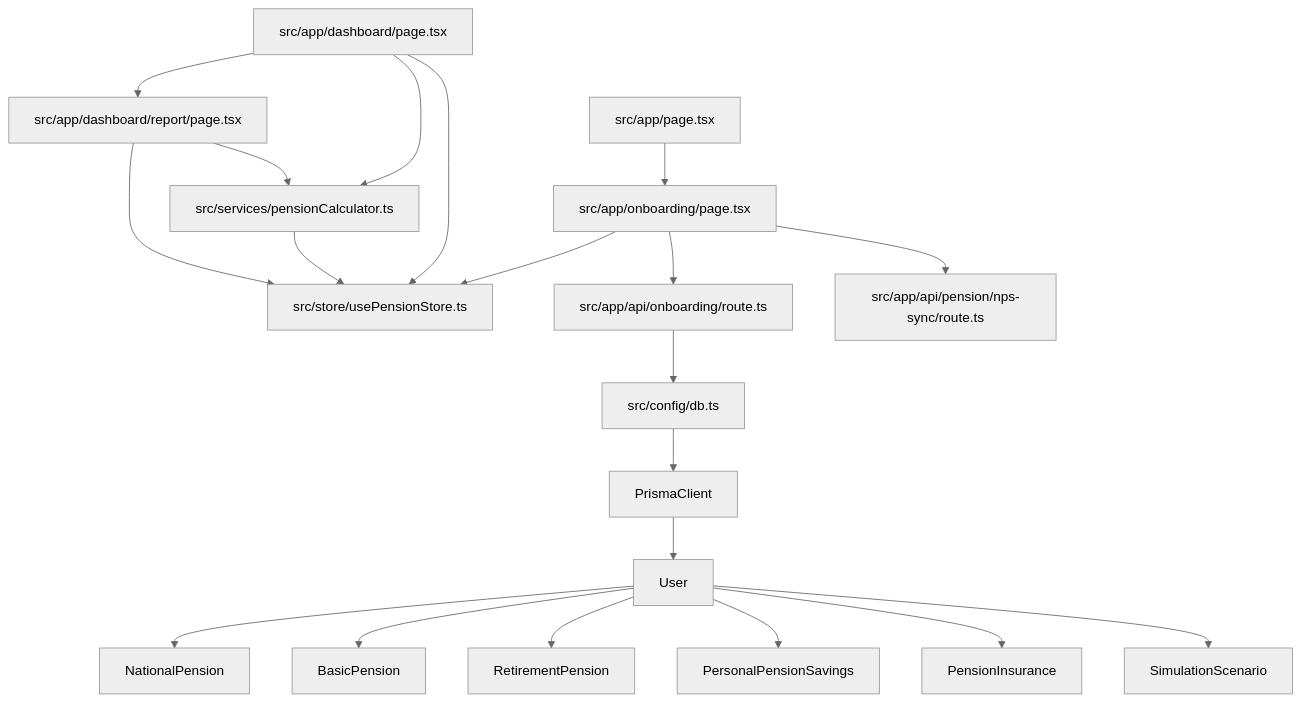
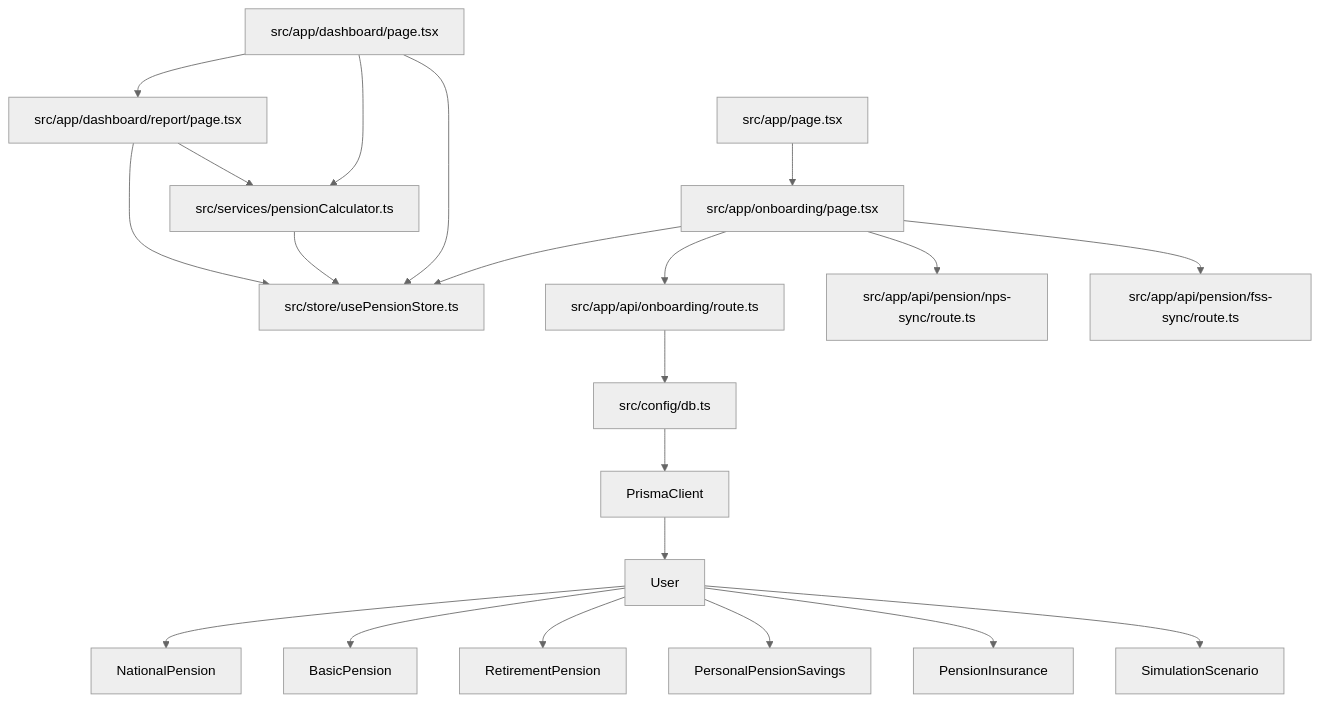
Before and after one commit to ChanHoya/PensionLab: the diagram in docs/dependency-map.md, drawn with Mermaid (neutral theme). The commit also changed 4 other files, not shown here.

Commit message:
S7-1: 금융감독원(FSS) 통합연금포털 API 2-Way 간편인증 연동 및 UI 개발 완료

````diff
--- a/docs/dependency-map.md
+++ b/docs/dependency-map.md
@@ -3,32 +3,33 @@
 ```mermaid
 graph TD
   %% Database Layer
   db[src/config/db.ts] --> PrismaClient
   PrismaClient --> User
   User --> NationalPension
   User --> BasicPension
   User --> RetirementPension
   User --> PersonalPensionSavings
   User --> PensionInsurance
   User --> SimulationScenario
 
   %% State & Business Logic Layer
   Store[src/store/usePensionStore.ts]
   Calculator[src/services/pensionCalculator.ts]
 
   %% UI & Page Layer
   Landing[src/app/page.tsx] --> OnboardingUI
   OnboardingUI[src/app/onboarding/page.tsx] --> Store
   OnboardingUI --> OnboardingAPI[src/app/api/onboarding/route.ts]
   OnboardingAPI --> db
 
   Dashboard[src/app/dashboard/page.tsx] --> Store
   Dashboard --> Calculator
   Calculator --> Store
 
   %% Sprint 2 Additions
   Dashboard --> Report[src/app/dashboard/report/page.tsx]
   Report --> Store
   Report --> Calculator
   OnboardingUI --> NPSSyncAPI[src/app/api/pension/nps-sync/route.ts]
+  OnboardingUI --> FSSSyncAPI[src/app/api/pension/fss-sync/route.ts]
 ```
````
